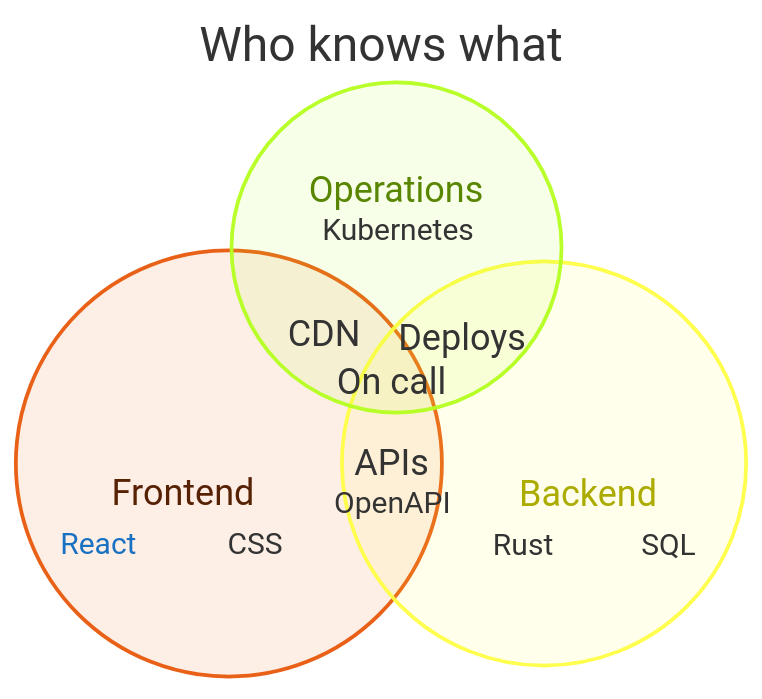
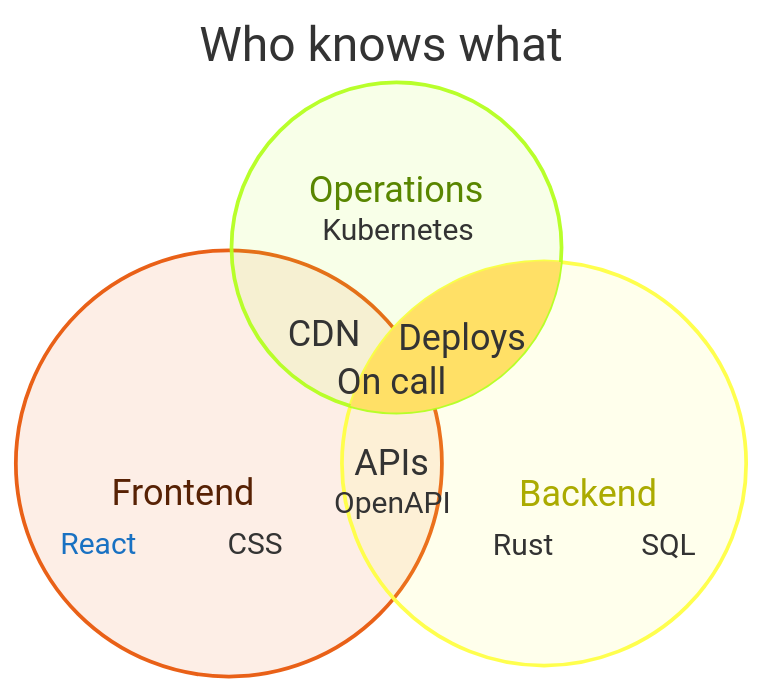
One commit to grahambrooks/mmd changed the diagram in examples/venn.mmd. Above: the diagram before and after it, drawn with Mermaid. The commit also changed 14 other files, not shown here.

First line of the commit message:
Use diagram-scene areas, rotated text and label paints

```diff
--- a/examples/venn.mmd
+++ b/examples/venn.mmd
@@ -1,21 +1,21 @@
 %% showcase: venn-beta of a team's skills
-%% prose: Three overlapping sets with their intersections labelled. Each region lists its `text` items under the set or union label; `style` colours a set's outline and an item's text.
+%% prose: Three overlapping sets with their intersections labelled. Each region lists its `text` items under the set or union label. Sets are tinted with their colour; `style` sets a set's colour or an item's text, and a union's `fill` shades the region its sets share.
 %% approx: Circles sit in a fixed symmetric arrangement; mermaid sizes and places them with venn.js so areas follow each set's and union's size. Here a size only scales its circle's radius slightly.
-%% approx: Circles are outlined, not filled with mermaid's translucent tint; a union's `fill` colours its label instead of shading the lens.
 venn-beta
     title Who knows what
     set FE["Frontend"]:20
         text react["React"]
         text css["CSS"]
     set BE["Backend"]:18
         text rust["Rust"]
         text sql["SQL"]
     set OPS["Operations"]:12
         text k8s["Kubernetes"]
     union FE,BE["APIs"]
         text openapi["OpenAPI"]
     union BE,OPS["Deploys"]
     union FE,OPS["CDN"]
     union FE,BE,OPS["On call"]
     style FE fill:#e8590c
     style react color:#1971c2
+    style BE,OPS fill:#ffe066
```
